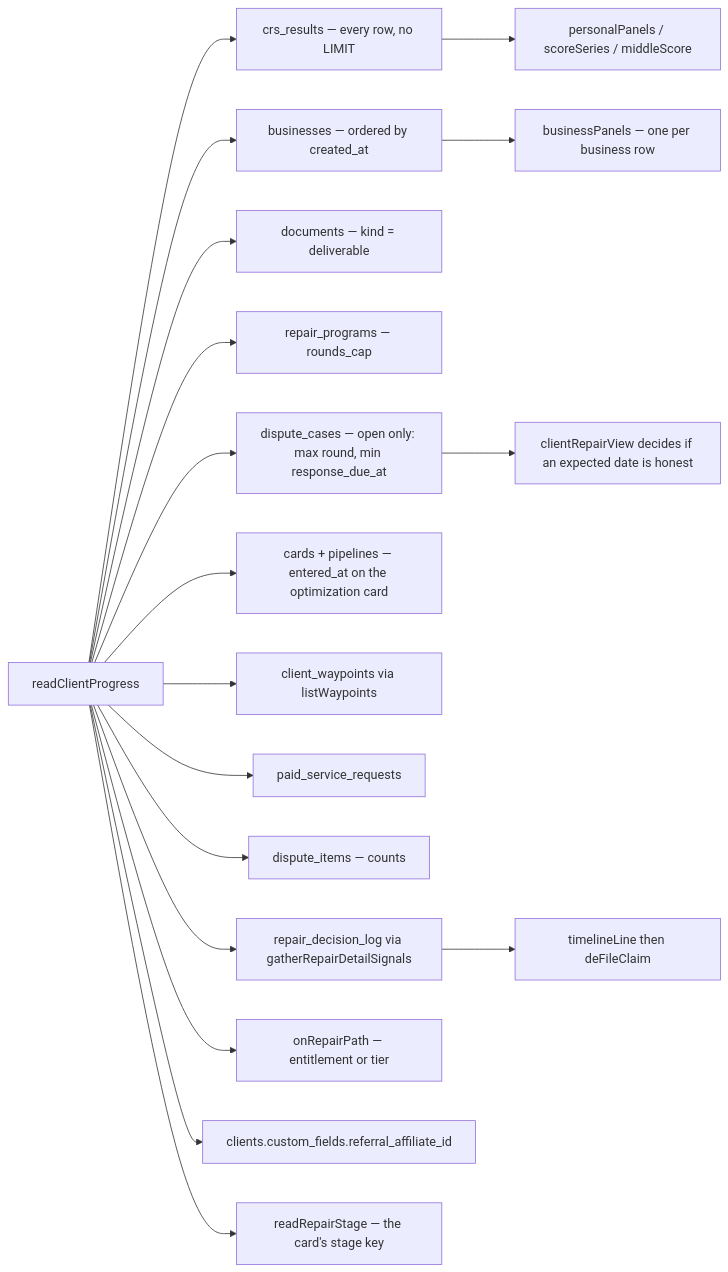
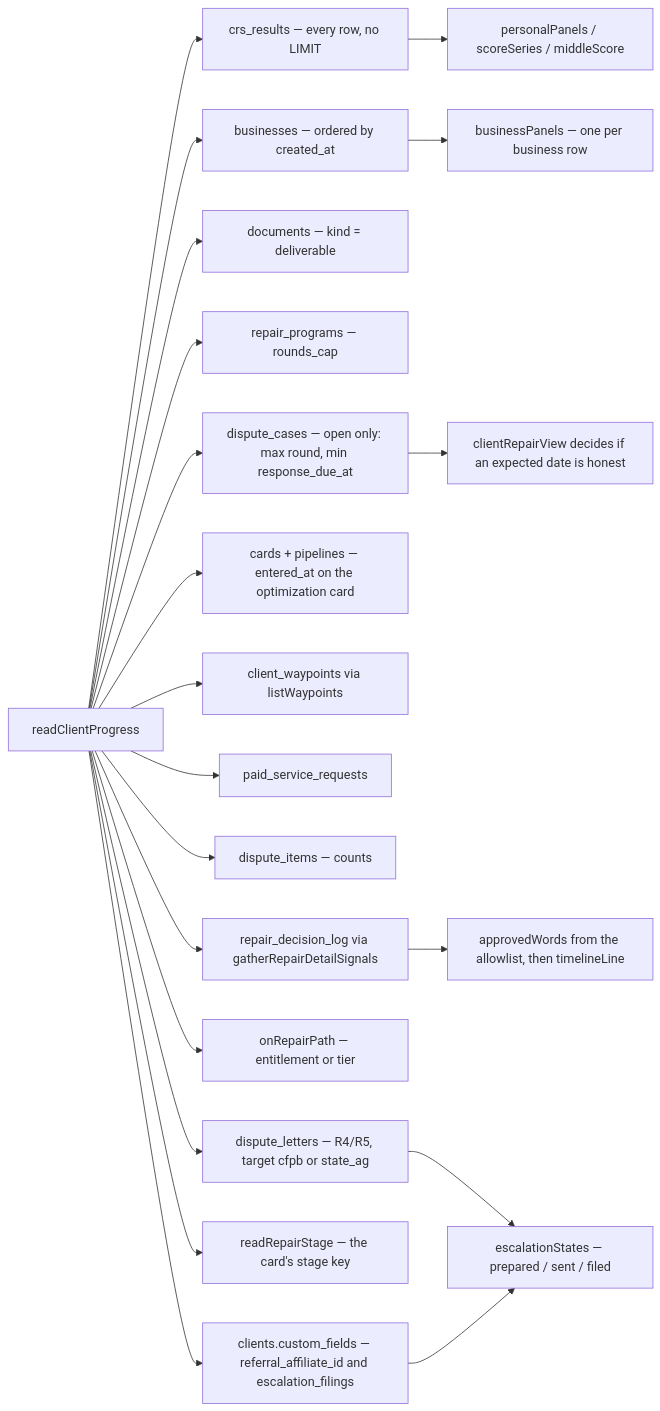
Before and after one commit to ZootimusMaximusSupreme/Fundhub_ai: the second of 3 diagrams in docs/journeys/client-progress-actual.md, drawn with Mermaid. The commit also changed other lines of this file and 9 other files, not shown here.

````diff
--- a/docs/journeys/client-progress-actual.md
+++ b/docs/journeys/client-progress-actual.md
@@ -56,21 +56,24 @@
 ```mermaid
 flowchart LR
     R[readClientProgress] --> A[crs_results — every row, no LIMIT]
     R --> B[businesses — ordered by created_at]
     R --> C[documents — kind = deliverable]
     R --> D[repair_programs — rounds_cap]
     R --> E[dispute_cases — open only: max round, min response_due_at]
     R --> F[cards + pipelines — entered_at on the optimization card]
     R --> G[client_waypoints via listWaypoints]
     R --> H[paid_service_requests]
     R --> I[dispute_items — counts]
     R --> J[repair_decision_log via gatherRepairDetailSignals]
     R --> K[onRepairPath — entitlement or tier]
-    R --> L[clients.custom_fields.referral_affiliate_id]
+    R --> L[clients.custom_fields — referral_affiliate_id and escalation_filings]
     R --> M[readRepairStage — the card's stage key]
 
     A --> A1[personalPanels / scoreSeries / middleScore]
     B --> B1[businessPanels — one per business row]
     E --> E1[clientRepairView decides if an expected date is honest]
-    J --> J1[timelineLine then deFileClaim]
+    J --> J1[approvedWords from the allowlist, then timelineLine]
+    R --> N[dispute_letters — R4/R5, target cfpb or state_ag]
+    N --> N1[escalationStates — prepared / sent / filed]
+    L --> N1
 ```
````
